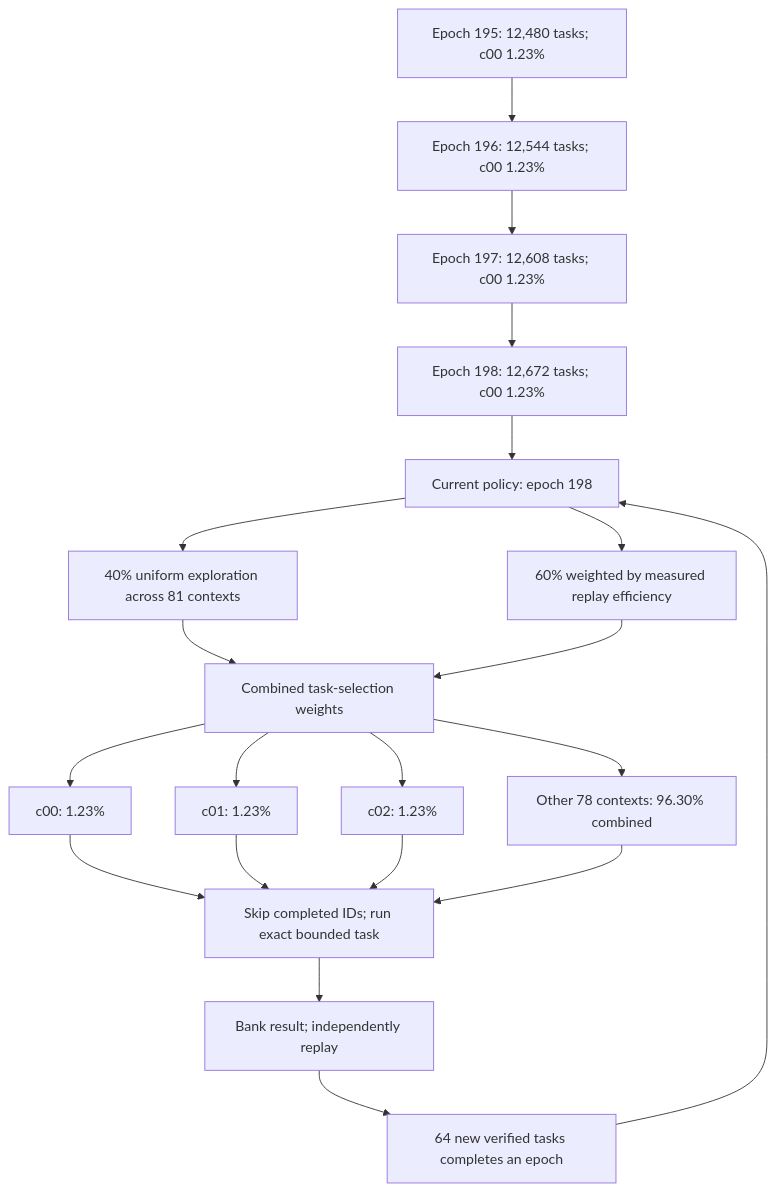
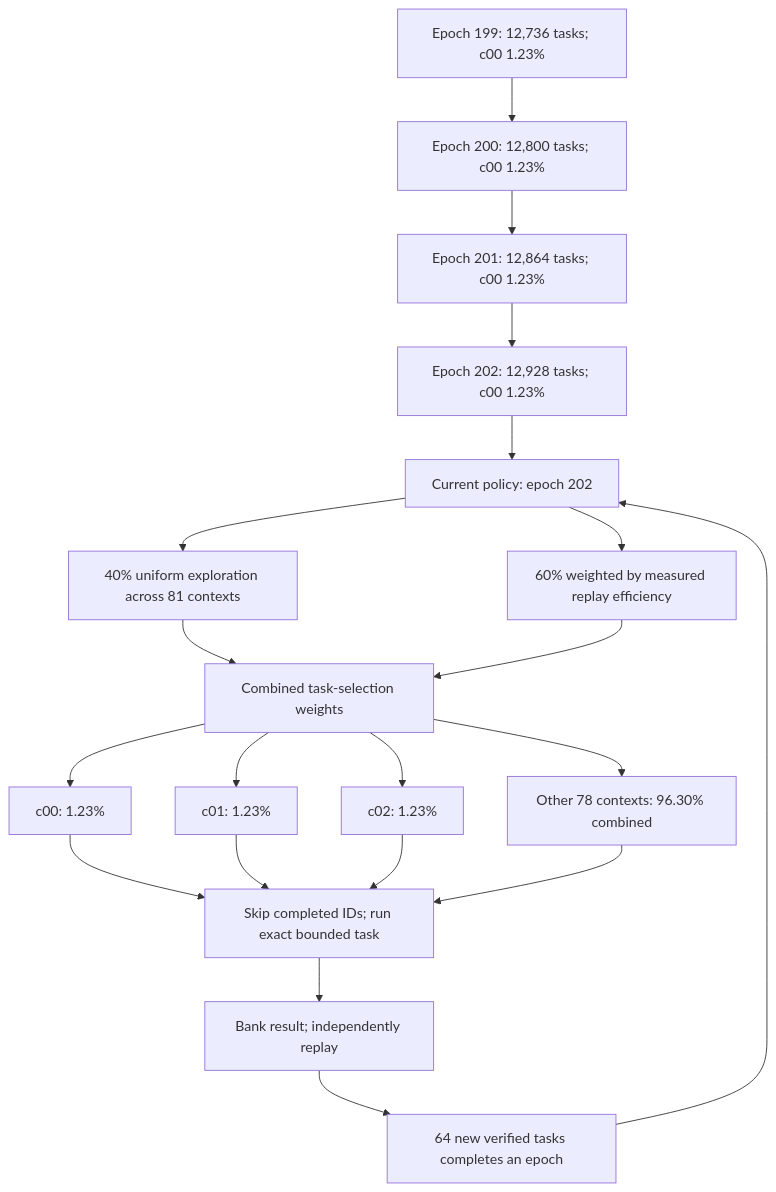
The diagram in README.md (Kuberwastaken/math-gambling), drawn with Mermaid before and after one commit. The commit also changed other lines of this file and 593 other files, not shown here.

````diff
--- a/README.md
+++ b/README.md
@@ -49,27 +49,27 @@
 ```mermaid
 flowchart TD
-    H0["Epoch 195: 12,480 tasks; c00 1.23%"]
-    H1["Epoch 196: 12,544 tasks; c00 1.23%"]
+    H0["Epoch 199: 12,736 tasks; c00 1.23%"]
+    H1["Epoch 200: 12,800 tasks; c00 1.23%"]
     H0 --> H1
-    H2["Epoch 197: 12,608 tasks; c00 1.23%"]
+    H2["Epoch 201: 12,864 tasks; c00 1.23%"]
     H1 --> H2
-    H3["Epoch 198: 12,672 tasks; c00 1.23%"]
+    H3["Epoch 202: 12,928 tasks; c00 1.23%"]
     H2 --> H3
-    Policy["Current policy: epoch 198"]
+    Policy["Current policy: epoch 202"]
     H3 --> Policy
     Policy --> Explore["40% uniform exploration across 81 contexts"]
     Policy --> Cost["60% weighted by measured replay efficiency"]
     Explore --> Mix["Combined task-selection weights"]
     Cost --> Mix
     Mix --> C0["c00: 1.23%"]
     Mix --> C1["c01: 1.23%"]
     Mix --> C2["c02: 1.23%"]
     Mix --> Rest["Other 78 contexts: 96.30% combined"]
     C0 --> Check["Skip completed IDs; run exact bounded task"]
     C1 --> Check
     C2 --> Check
     Rest --> Check
     Check --> Replay["Bank result; independently replay"]
     Replay --> Gate["64 new verified tasks completes an epoch"]
     Gate --> Policy
 ```
````
